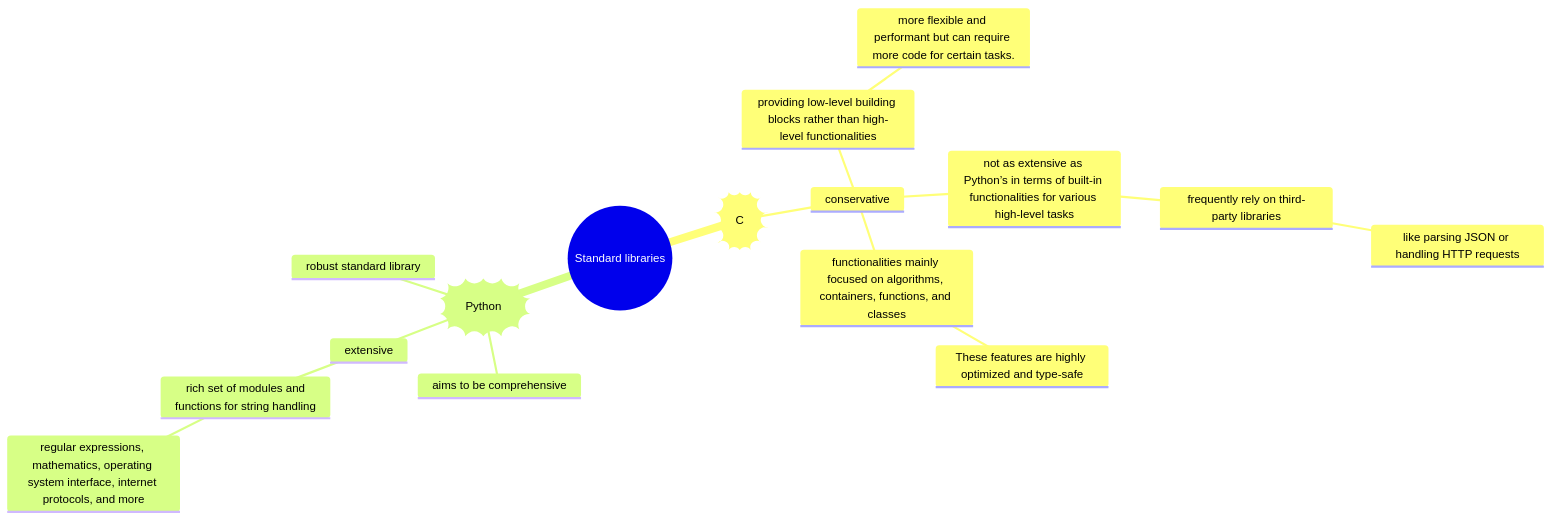
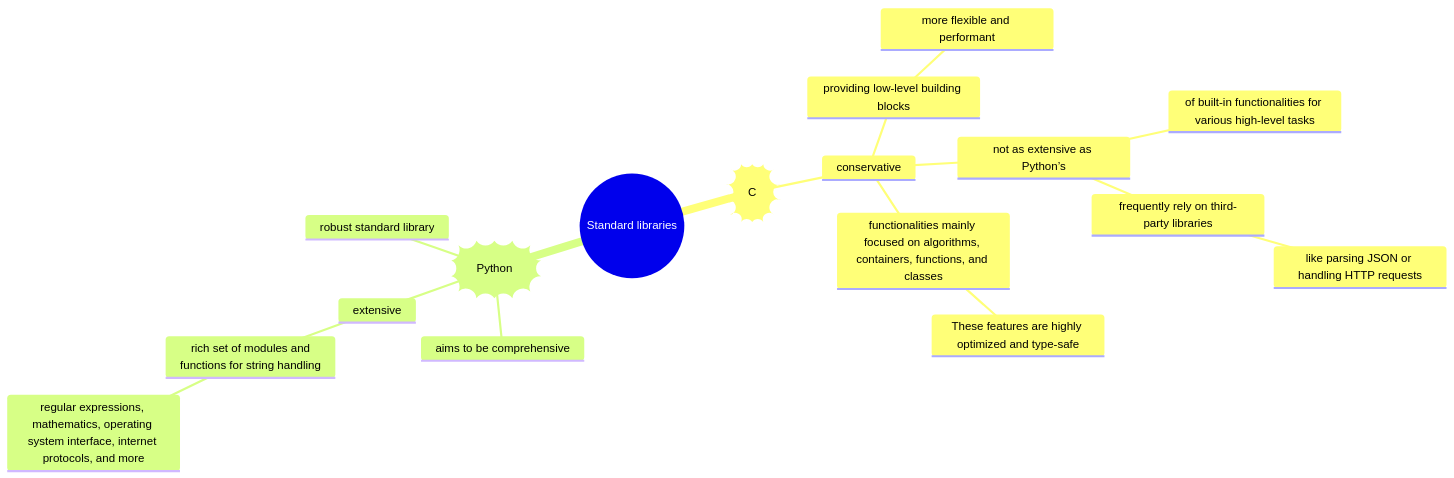
One commit to ProGamerXbox/ComputerScience changed the diagram in other projects/C_learning/standard_libraries.md. Above: the diagram before and after it, drawn with Mermaid.

````diff
--- a/other projects/C_learning/standard_libraries.md
+++ b/other projects/C_learning/standard_libraries.md
@@ -5,20 +5,21 @@
 ```mermaid
 mindmap
     root((Standard libraries))
         id))C((
             conservative
-                providing low-level building blocks rather than high-level functionalities
-                    more flexible and performant but can require more code for certain tasks.
-                not as extensive as Python’s in terms of built-in functionalities for various high-level tasks
+                providing low-level building blocks
+                    more flexible and performant
+                not as extensive as Python’s
+                    of built-in functionalities for various high-level tasks
                     frequently rely on third-party libraries
                         like parsing JSON or handling HTTP requests
                 functionalities mainly focused on algorithms, containers, functions, and classes
                     These features are highly optimized and type-safe
         id))Python((
             aims to be comprehensive
             extensive
                 rich set of modules and <br> functions for string handling
                     regular expressions, mathematics, operating system interface, internet protocols, and more
             robust standard library
 
 ```
````
